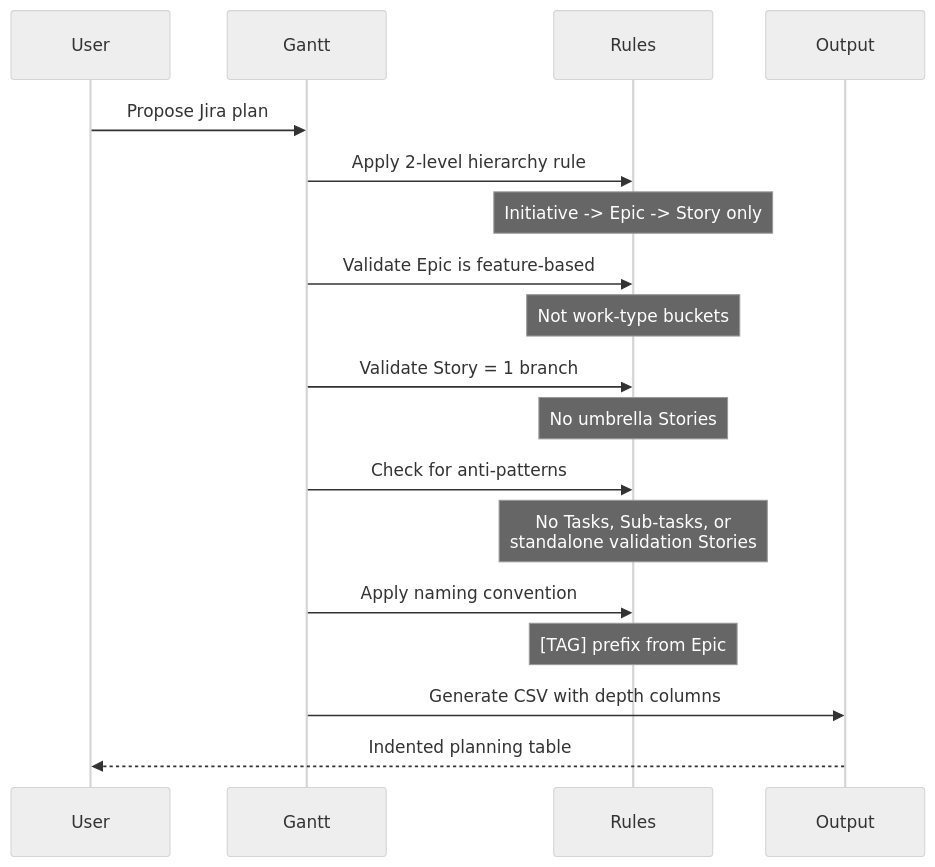
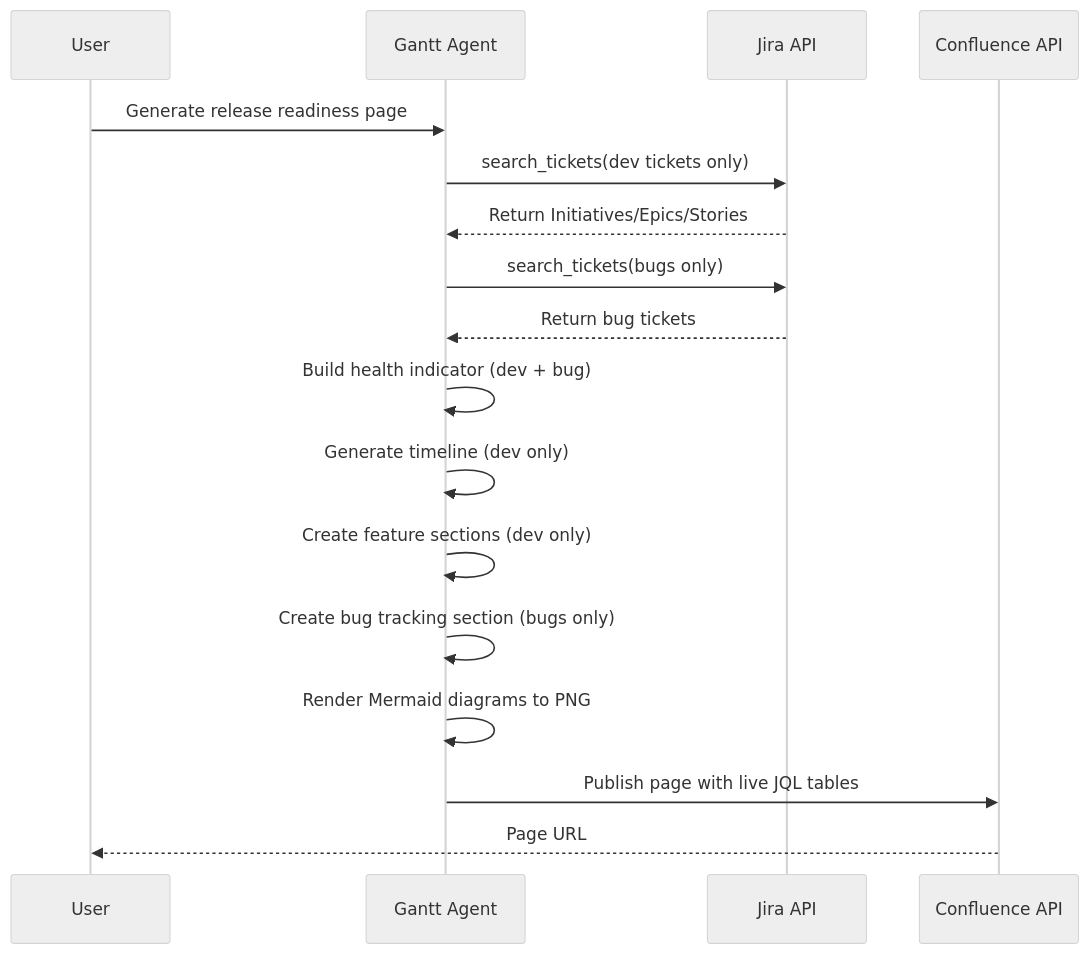
One commit to jmac-cornelis/agent-workforce changed the fourth of 4 diagrams in docs/agents-gantt-prompts.md. Above: the diagram before and after it, drawn with Mermaid (neutral theme). The commit also changed other lines of this file and 4 other files, not shown here.

````diff
--- a/docs/agents-gantt-prompts.md
+++ b/docs/agents-gantt-prompts.md
@@ -119,21 +110,20 @@
 ```mermaid
 sequenceDiagram
     participant User
-    participant Gantt
-    participant Rules
-    participant Output
+    participant Gantt as Gantt Agent
+    participant Jira as Jira API
+    participant Confluence as Confluence API
     
-    User->>Gantt: Propose Jira plan
-    Gantt->>Rules: Apply 2-level hierarchy rule
-    Note over Rules: Initiative -> Epic -> Story only
-    Gantt->>Rules: Validate Epic is feature-based
-    Note over Rules: Not work-type buckets
-    Gantt->>Rules: Validate Story = 1 branch
-    Note over Rules: No umbrella Stories
-    Gantt->>Rules: Check for anti-patterns
-    Note over Rules: No Tasks, Sub-tasks, or<br/>standalone validation Stories
-    Gantt->>Rules: Apply naming convention
-    Note over Rules: [TAG] prefix from Epic
-    Gantt->>Output: Generate CSV with depth columns
-    Output-->>User: Indented planning table
+    User->>Gantt: Generate release readiness page
+    Gantt->>Jira: search_tickets(dev tickets only)
+    Jira-->>Gantt: Return Initiatives/Epics/Stories
+    Gantt->>Jira: search_tickets(bugs only)
+    Jira-->>Gantt: Return bug tickets
+    Gantt->>Gantt: Build health indicator (dev + bug)
+    Gantt->>Gantt: Generate timeline (dev only)
+    Gantt->>Gantt: Create feature sections (dev only)
+    Gantt->>Gantt: Create bug tracking section (bugs only)
+    Gantt->>Gantt: Render Mermaid diagrams to PNG
+    Gantt->>Confluence: Publish page with live JQL tables
+    Confluence-->>User: Page URL
 ```
````
